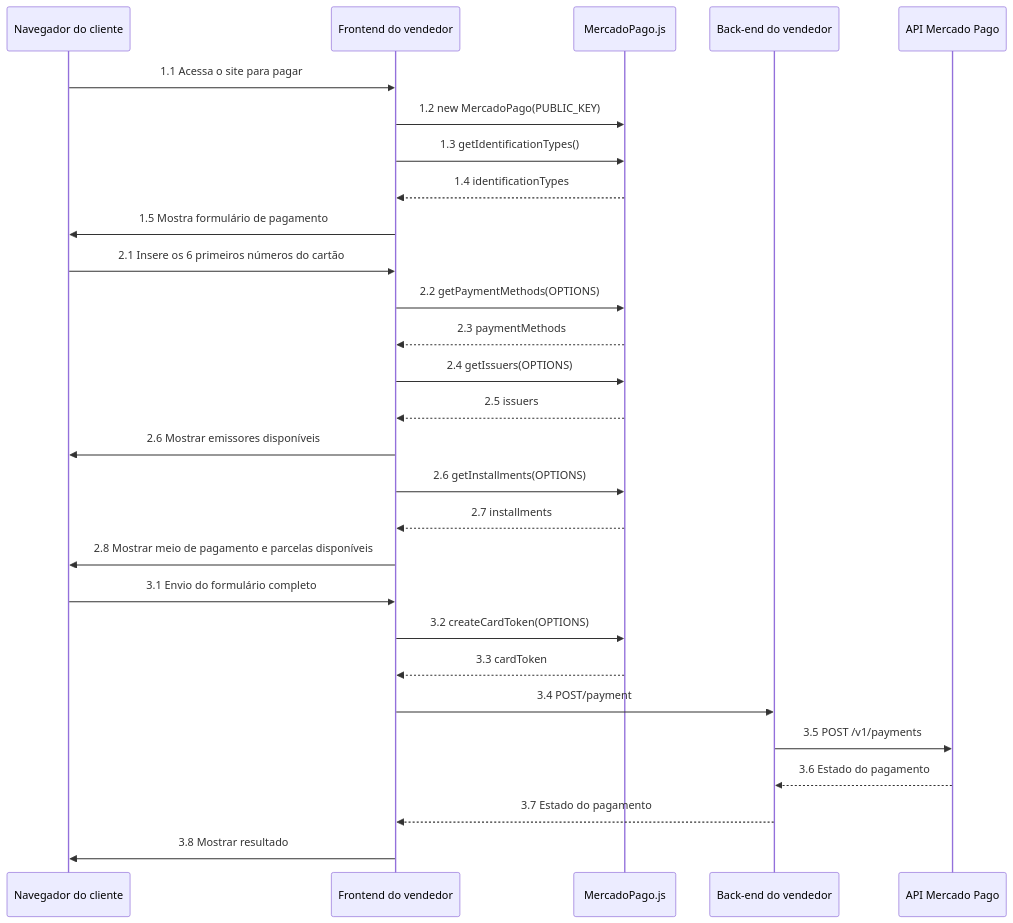
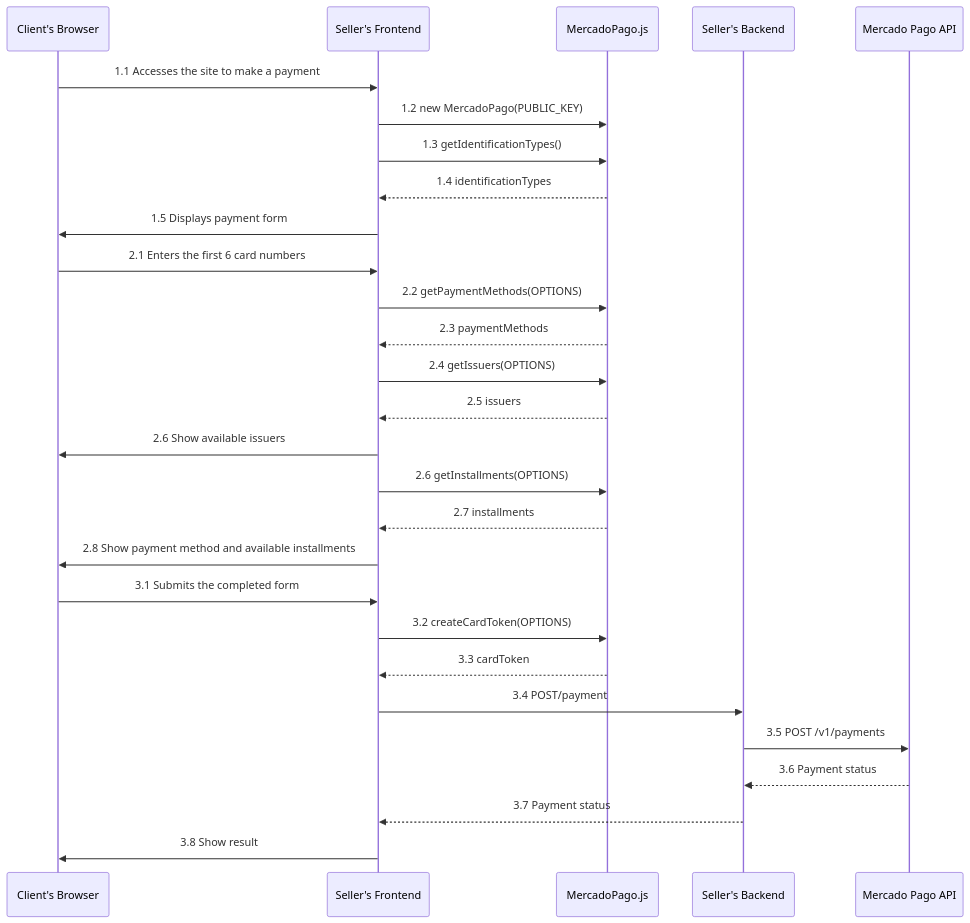
One commit to 22Neves/devsite-docs changed the second of 2 diagrams in guides/checkout-api-orders/payment-integration-cards.en.md. Above: the diagram before and after it, drawn with Mermaid. The commit also changed other lines of this file and 19 other files, not shown here.

```diff
--- a/guides/checkout-api-orders/payment-integration-cards.en.md
+++ b/guides/checkout-api-orders/payment-integration-cards.en.md
@@ -362,33 +370,33 @@
 <pre class="mermaid">
   sequenceDiagram
-      participant Cliente as Navegador do cliente
-      participant Frontend as Frontend do vendedor
+      participant Client as Client's Browser
+      participant Frontend as Seller's Frontend
       participant MPjs as MercadoPago.js
-      participant Backend as Back-end do vendedor
-      participant API as API Mercado Pago
+      participant Backend as Seller's Backend
+      participant API as Mercado Pago API
 
-      Cliente->>Frontend: 1.1 Acessa o site para pagar
+      Client->>Frontend: 1.1 Accesses the site to make a payment
       Frontend->>MPjs: 1.2 new MercadoPago(PUBLIC_KEY)
       Frontend->>MPjs: 1.3 getIdentificationTypes()
       MPjs-->>Frontend: 1.4 identificationTypes
-      Frontend->>Cliente: 1.5 Mostra formulário de pagamento
+      Frontend->>Client: 1.5 Displays payment form
 
-      Cliente->>Frontend: 2.1 Insere os 6 primeiros números do cartão
+      Client->>Frontend: 2.1 Enters the first 6 card numbers
       Frontend->>MPjs: 2.2 getPaymentMethods(OPTIONS)
       MPjs-->>Frontend: 2.3 paymentMethods
       Frontend->>MPjs: 2.4 getIssuers(OPTIONS)
       MPjs-->>Frontend: 2.5 issuers
-      Frontend->>Cliente: 2.6 Mostrar emissores disponíveis
+      Frontend->>Client: 2.6 Show available issuers
       Frontend->>MPjs: 2.6 getInstallments(OPTIONS)
       MPjs-->>Frontend: 2.7 installments
-      Frontend->>Cliente: 2.8 Mostrar meio de pagamento e parcelas disponíveis
+      Frontend->>Client: 2.8 Show payment method and available installments
 
-      Cliente->>Frontend: 3.1 Envio do formulário completo
+      Client->>Frontend: 3.1 Submits the completed form
       Frontend->>MPjs: 3.2 createCardToken(OPTIONS)
       MPjs-->>Frontend: 3.3 cardToken
       Frontend->>Backend: 3.4 POST/payment
       Backend->>API: 3.5 POST /v1/payments
-      API-->>Backend: 3.6 Estado do pagamento
-      Backend-->>Frontend: 3.7 Estado do pagamento
-      Frontend->>Cliente: 3.8 Mostrar resultado
+      API-->>Backend: 3.6 Payment status
+      Backend-->>Frontend: 3.7 Payment status
+      Frontend->>Client: 3.8 Show result
 </pre>
```
